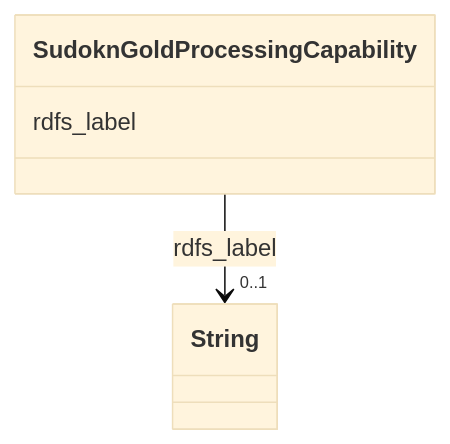
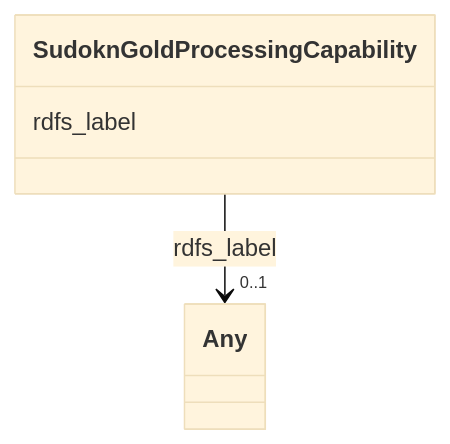
The diagram in sudokn-kg/classes/SudoknGoldProcessingCapability.md (frink-okn/graph-descriptions), drawn with Mermaid (base theme) before and after one commit. The commit also changed other lines of this file and 903 other files, not shown here.

````diff
--- a/sudokn-kg/classes/SudoknGoldProcessingCapability.md
+++ b/sudokn-kg/classes/SudoknGoldProcessingCapability.md
@@ -23,15 +18,15 @@
 ```mermaid
  classDiagram
     class SudoknGoldProcessingCapability
     click SudoknGoldProcessingCapability href "../SudoknGoldProcessingCapability"
       SudoknGoldProcessingCapability : rdfs_label
         
           
     
     
-    SudoknGoldProcessingCapability --> "0..1" String : rdfs_label
-    click String href "../String"
+    SudoknGoldProcessingCapability --> "0..1" Any : rdfs_label
+    click Any href "../Any"
 
         
       
 ```
````
